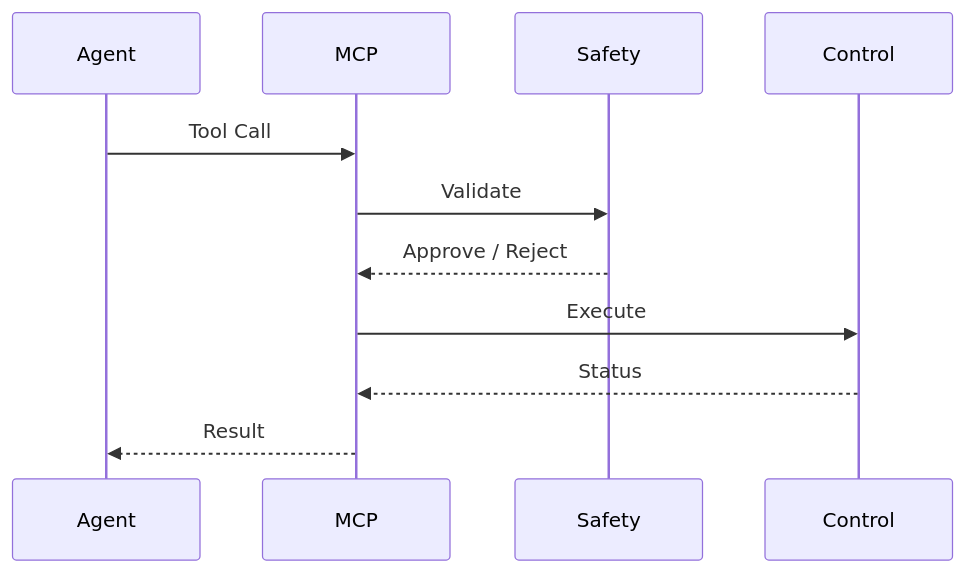
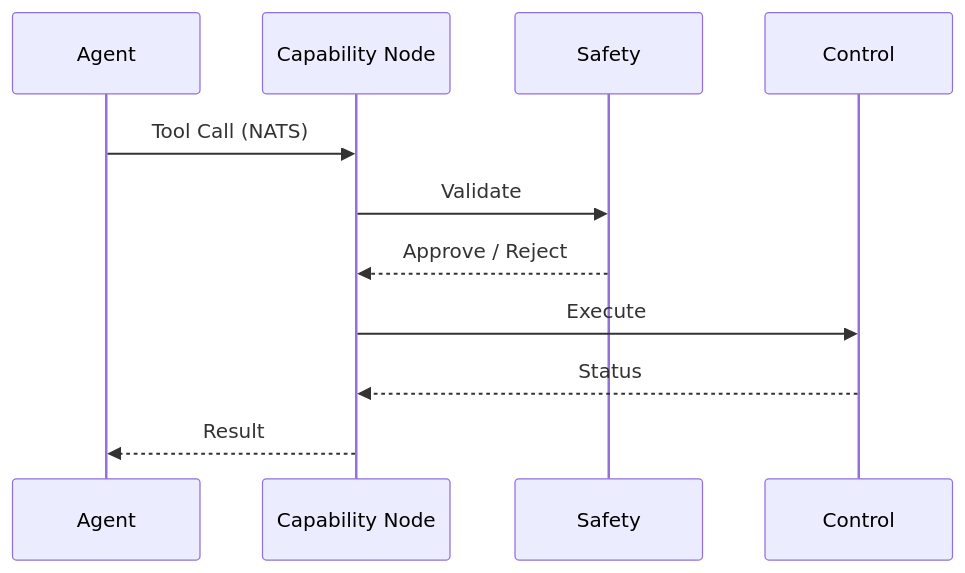
The second of 5 diagrams in docs/overview/ai-driven-robot-safety-governance-arch.md (emergingrobotics/gorai-docs), drawn with Mermaid before and after one commit. The commit also changed other lines of this file and 18 other files, not shown here.

````diff
--- a/docs/overview/ai-driven-robot-safety-governance-arch.md
+++ b/docs/overview/ai-driven-robot-safety-governance-arch.md
@@ -138,14 +140,14 @@
 ```mermaid
 sequenceDiagram
     participant Agent
-    participant MCP
+    participant Node as Capability Node
     participant Safety
     participant Control
 
-    Agent->>MCP: Tool Call
-    MCP->>Safety: Validate
-    Safety-->>MCP: Approve / Reject
-    MCP->>Control: Execute
-    Control-->>MCP: Status
-    MCP-->>Agent: Result
+    Agent->>Node: Tool Call (NATS)
+    Node->>Safety: Validate
+    Safety-->>Node: Approve / Reject
+    Node->>Control: Execute
+    Control-->>Node: Status
+    Node-->>Agent: Result
 ```
````
